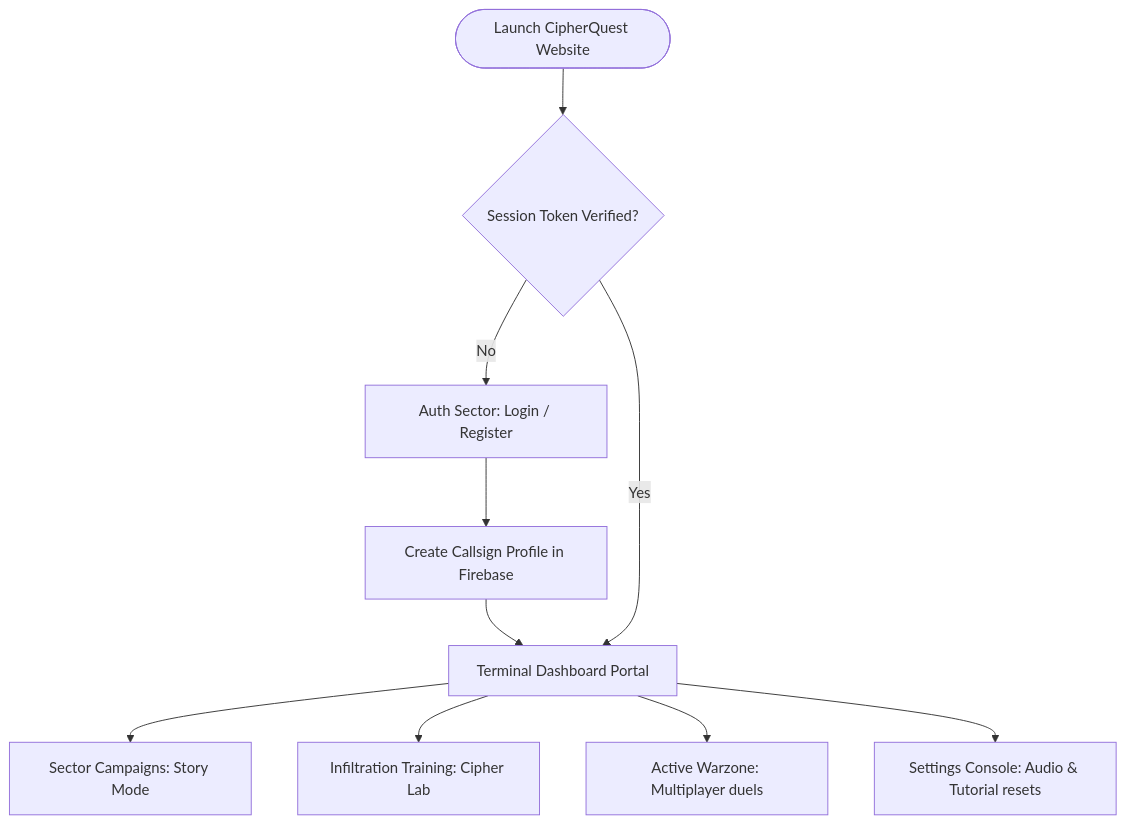
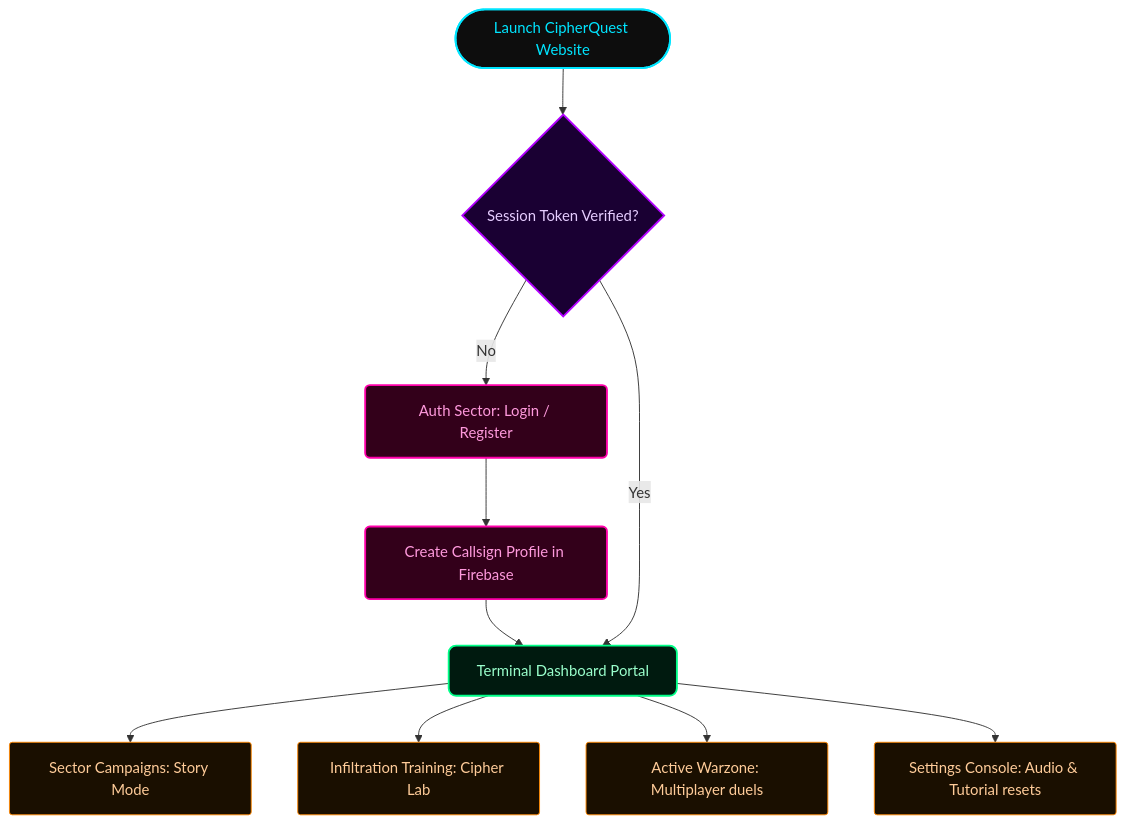
The first of 4 diagrams in README.md (Ziyankhan2106/cipher-quest-v3), drawn with Mermaid before and after one commit. The commit also changed other lines of this file and 4 other files, not shown here.

````diff
--- a/README.md
+++ b/README.md
@@ -119,13 +119,20 @@
 ```mermaid
 graph TD
-    Start([Launch CipherQuest Website]) --> LoginCheck{Session Token Verified?}
-    LoginCheck -- No --> AuthScreen[Auth Sector: Login / Register]
-    AuthScreen --> RegisterUser[Create Callsign Profile in Firebase]
-    RegisterUser --> Dashboard[Terminal Dashboard Portal]
+    %% Cyberpunk Theme Styling
+    classDef startNode fill:#0d0d0d,stroke:#00e5ff,stroke-width:2px,color:#00e5ff,rx:5px,ry:5px;
+    classDef decisionNode fill:#1a0033,stroke:#b200ff,stroke-width:2px,color:#e6ccff;
+    classDef authNode fill:#33001a,stroke:#ff00aa,stroke-width:2px,color:#ff99dd,rx:5px,ry:5px;
+    classDef dashboardNode fill:#001a0f,stroke:#00ff88,stroke-width:2px,color:#99ffcc,rx:8px,ry:8px;
+    classDef modeNode fill:#1a0f00,stroke:#ff8800,stroke-width:1px,color:#ffcc99,rx:3px,ry:3px;
+
+    Start([Launch CipherQuest Website]):::startNode --> LoginCheck{Session Token Verified?}:::decisionNode
+    LoginCheck -- No --> AuthScreen[Auth Sector: Login / Register]:::authNode
+    AuthScreen --> RegisterUser[Create Callsign Profile in Firebase]:::authNode
+    RegisterUser --> Dashboard[Terminal Dashboard Portal]:::dashboardNode
     LoginCheck -- Yes --> Dashboard
-
-    Dashboard --> StoryMode[Sector Campaigns: Story Mode]
-    Dashboard --> CipherLab[Infiltration Training: Cipher Lab]
-    Dashboard --> Multiplayer[Active Warzone: Multiplayer duels]
-    Dashboard --> Settings[Settings Console: Audio & Tutorial resets]
+    
+    Dashboard --> StoryMode[Sector Campaigns: Story Mode]:::modeNode
+    Dashboard --> CipherLab[Infiltration Training: Cipher Lab]:::modeNode
+    Dashboard --> Multiplayer[Active Warzone: Multiplayer duels]:::modeNode
+    Dashboard --> Settings[Settings Console: Audio & Tutorial resets]:::modeNode
 ```
````
